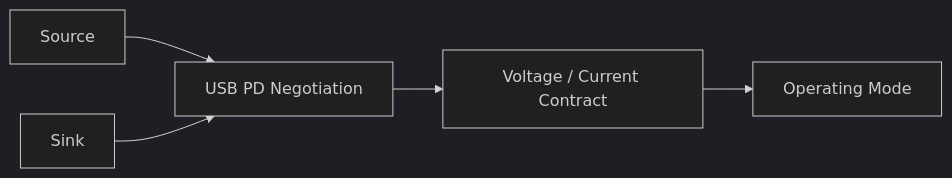
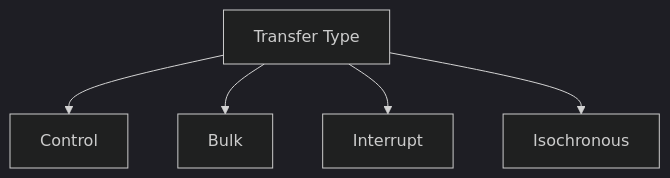
One commit to goura32/techbook changed the sixth of 13 diagrams in books/usb-from-spec/figures-final.md. Above: the diagram before and after it, drawn with Mermaid (dark theme). The commit also changed other lines of this file and 38 other files, not shown here.

````diff
--- a/books/usb-from-spec/figures-final.md
+++ b/books/usb-from-spec/figures-final.md
@@ -73,7 +97,7 @@
 ```mermaid
-flowchart LR
-  S["Source"] --> N["USB PD Negotiation"]
-  K["Sink"] --> N
-  N --> V["Voltage / Current Contract"]
-  V --> O["Operating Mode"]
+flowchart TD
+  T["Transfer Type"] --> C["Control"]
+  T --> B["Bulk"]
+  T --> I["Interrupt"]
+  T --> S["Isochronous"]
 ```
````
